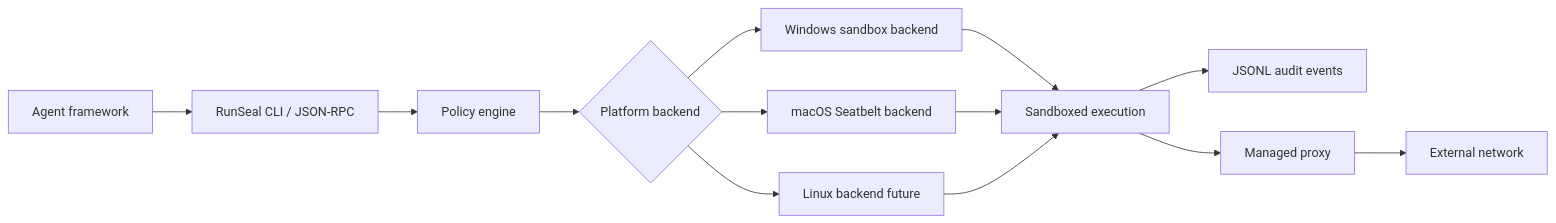
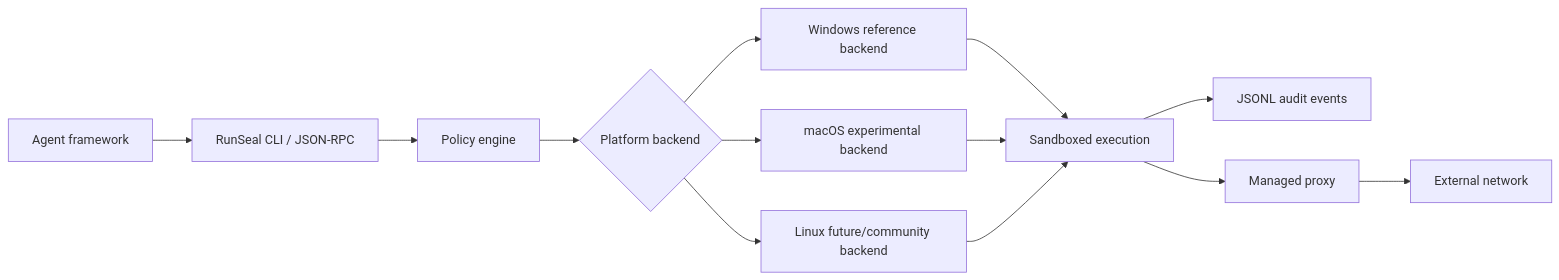
One commit to runseal-labs/rfcs changed the diagram in README.md. Above: the diagram before and after it, drawn with Mermaid. The commit also changed other lines of this file and 4 other files, not shown here.

Commit message:
docs: make Windows the reference backend baseline

````diff
--- a/README.md
+++ b/README.md
@@ -25,18 +27,18 @@
 ```mermaid
 flowchart LR
   Agent[Agent framework] --> Protocol[RunSeal CLI / JSON-RPC]
   Protocol --> Policy[Policy engine]
   Policy --> Backend{Platform backend}
 
-  Backend --> Windows[Windows sandbox backend]
-  Backend --> MacOS[macOS Seatbelt backend]
-  Backend --> Linux[Linux backend future]
+  Backend --> Windows[Windows reference backend]
+  Backend --> MacOS[macOS experimental backend]
+  Backend --> Linux[Linux future/community backend]
 
   Windows --> Exec[Sandboxed execution]
   MacOS --> Exec
   Linux --> Exec
 
   Exec --> Audit[JSONL audit events]
   Exec --> Proxy[Managed proxy]
   Proxy --> Network[External network]
 ```
````
